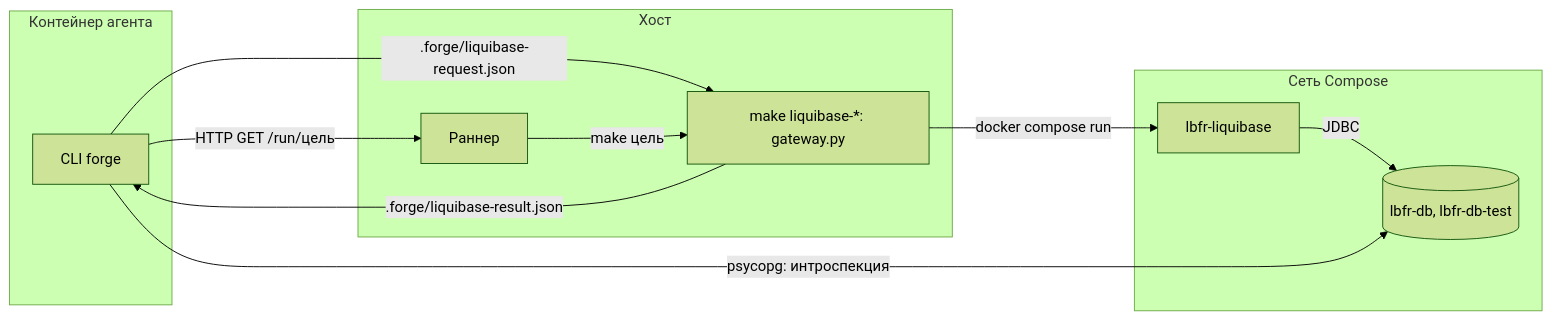
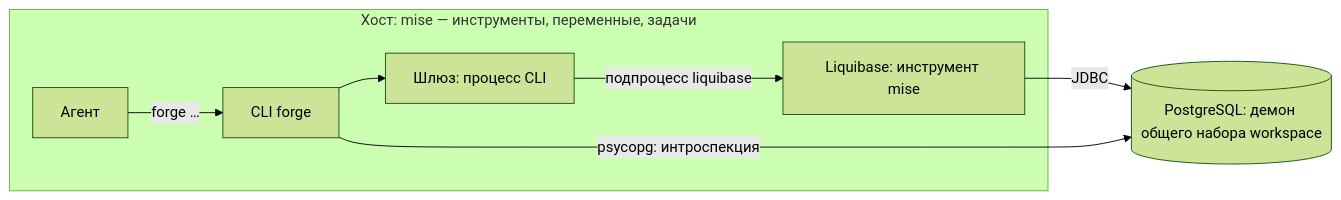
One commit to united-software-platform/liquibase-forge changed the third of 3 diagrams in docs/architecture.md. Above: the diagram before and after it, drawn with Mermaid (forest theme). The commit also changed other lines of this file and 198 other files, not shown here.

````diff
--- a/docs/architecture.md
+++ b/docs/architecture.md
@@ -196,21 +195,15 @@
 ```mermaid
 flowchart LR
-    subgraph agent["Контейнер агента"]
+    subgraph host["Хост: mise — инструменты, переменные, задачи"]
+        agent["Агент"]
         cli["CLI forge"]
+        gateway["Шлюз: процесс CLI"]
+        lb["Liquibase: инструмент mise"]
     end
-    subgraph host["Хост"]
-        runner["Раннер"]
-        gateway["make liquibase-*: gateway.py"]
-    end
-    subgraph compose["Сеть Compose"]
-        lb["lbfr-liquibase"]
-        db[("lbfr-db, lbfr-db-test")]
-    end
-    cli -- ".forge/liquibase-request.json" --> gateway
-    cli -- "HTTP GET /run/цель" --> runner
-    runner -- "make цель" --> gateway
-    gateway -- "docker compose run" --> lb
-    lb -- "JDBC" --> db
-    cli -- "psycopg: интроспекция" --> db
-    gateway -- ".forge/liquibase-result.json" --> cli
+    pg[("PostgreSQL: демон общего набора workspace")]
+    agent -->|"forge …"| cli
+    cli --> gateway
+    gateway -->|"подпроцесс liquibase"| lb
+    lb -->|"JDBC"| pg
+    cli -->|"psycopg: интроспекция"| pg
 ```
````
